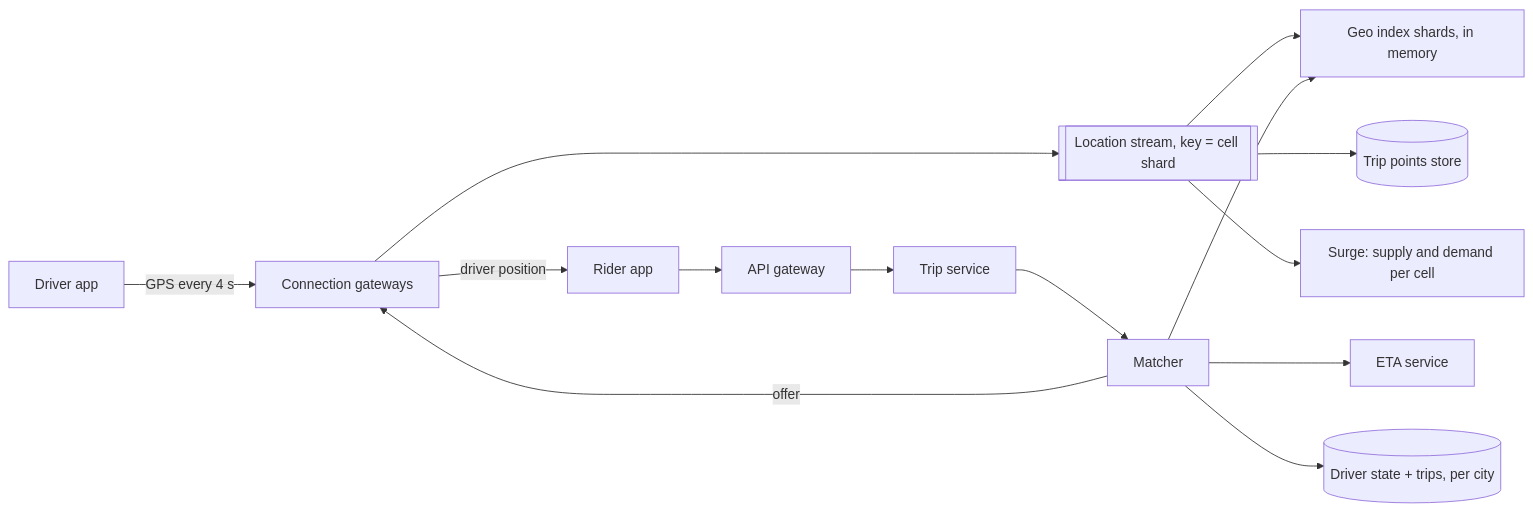
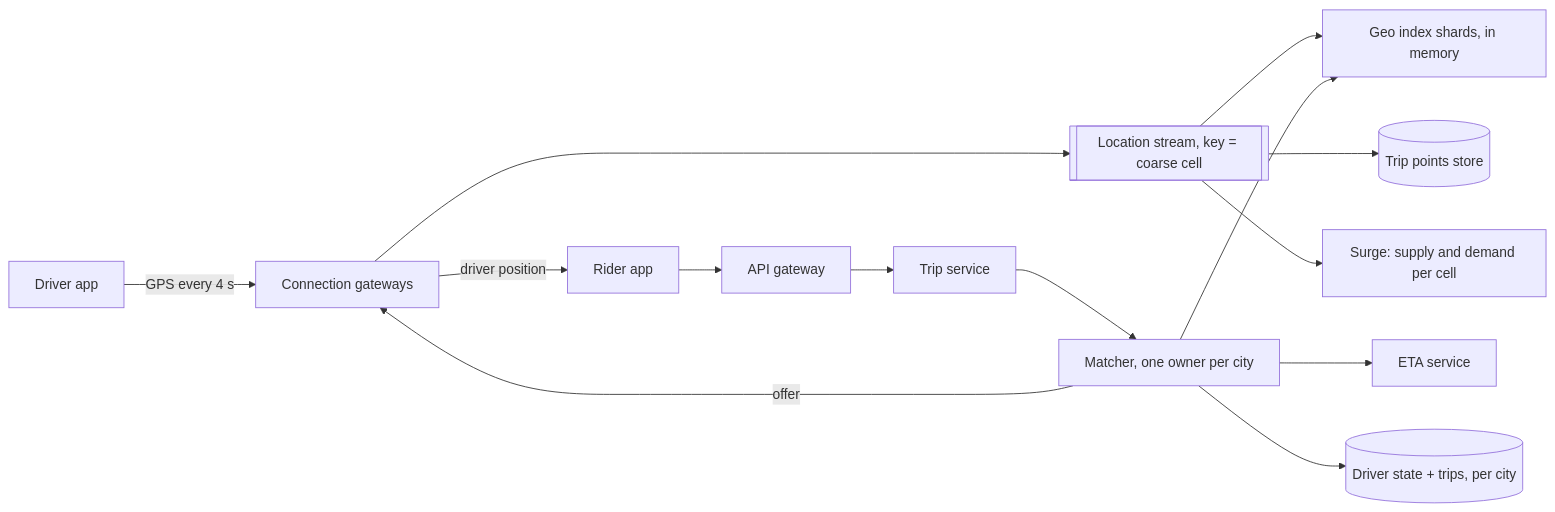
Before and after one commit to thull32/ascend: the second of 3 diagrams in content/tracks/09-system-design/03-case-studies/10-ride-sharing.md, drawn with Mermaid. The commit also changed other lines of this file and 9 other files, not shown here.

````diff
--- a/content/tracks/09-system-design/03-case-studies/10-ride-sharing.md
+++ b/content/tracks/09-system-design/03-case-studies/10-ride-sharing.md
@@ -104,16 +103,16 @@
 ```mermaid
 flowchart LR
   DA["Driver app"] -->|"GPS every 4 s"| GW["Connection gateways"]
-  GW --> K[["Location stream, key = cell shard"]]
+  GW --> K[["Location stream, key = coarse cell"]]
   K --> GI["Geo index shards, in memory"]
   K --> TP[("Trip points store")]
   K --> SU["Surge: supply and demand per cell"]
   RA["Rider app"] --> API["API gateway"]
   API --> TS["Trip service"]
-  TS --> MA["Matcher"]
+  TS --> MA["Matcher, one owner per city"]
   MA --> GI
   MA --> ETA["ETA service"]
   MA --> DB[("Driver state + trips, per city")]
   MA -->|"offer"| GW
   GW -->|"driver position"| RA
 ```
````
